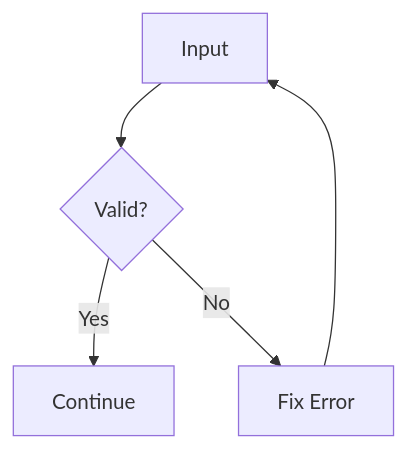
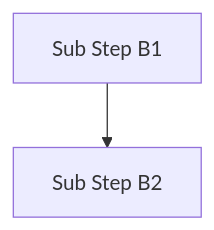
One commit to mani-baskar/Daiichi-Life-Demo-Report changed the eighth of 11 diagrams in docs/Mermaid_Click_Expand_Drilldown_Guide.md. Above: the diagram before and after it, drawn with Mermaid. The commit also changed other lines of this file, not shown here.

Commit message:
Switch Mermaid guide to same-file clickable drill-down navigation

````diff
--- a/docs/Mermaid_Click_Expand_Drilldown_Guide.md
+++ b/docs/Mermaid_Click_Expand_Drilldown_Guide.md
@@ -142,7 +170,4 @@
 ```mermaid
 flowchart TD
-    B1[Input] --> B2{Valid?}
-    B2 -->|Yes| B3[Continue]
-    B2 -->|No| B4[Fix Error]
-    B4 --> B1
+    B1[Sub Step B1] --> B2[Sub Step B2]
 ```
````
